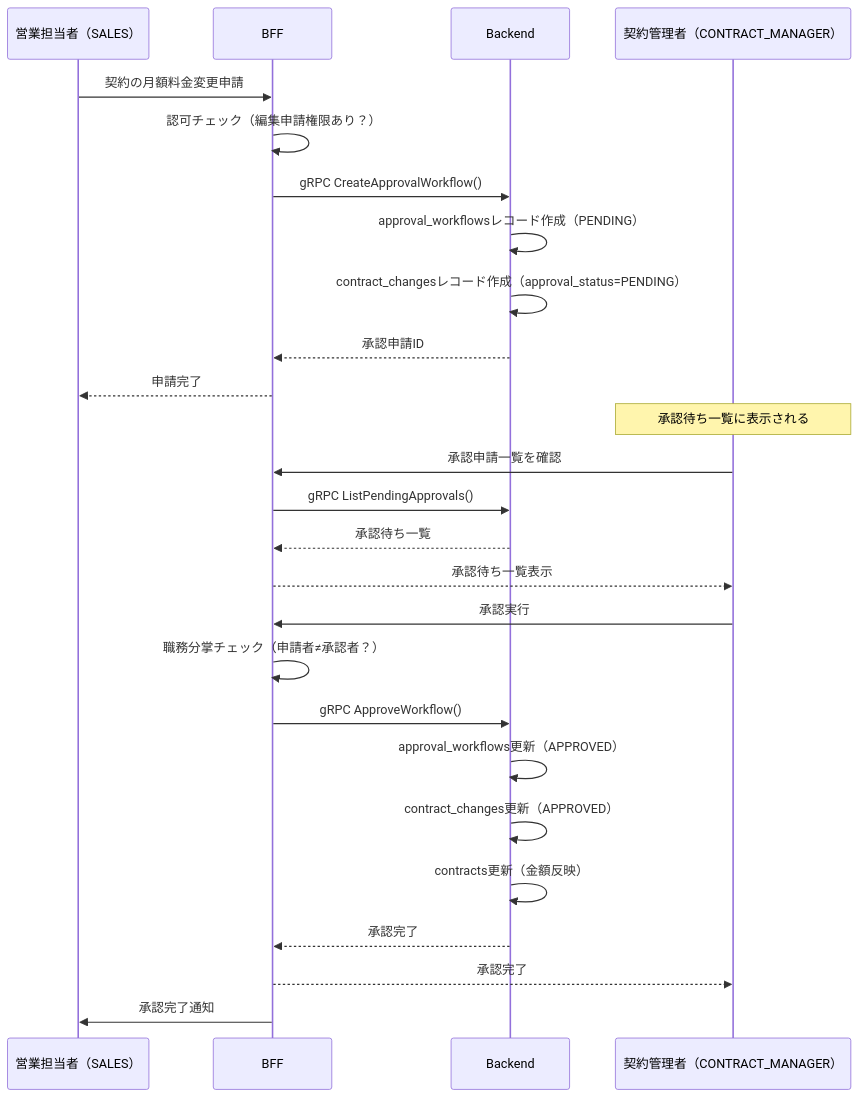
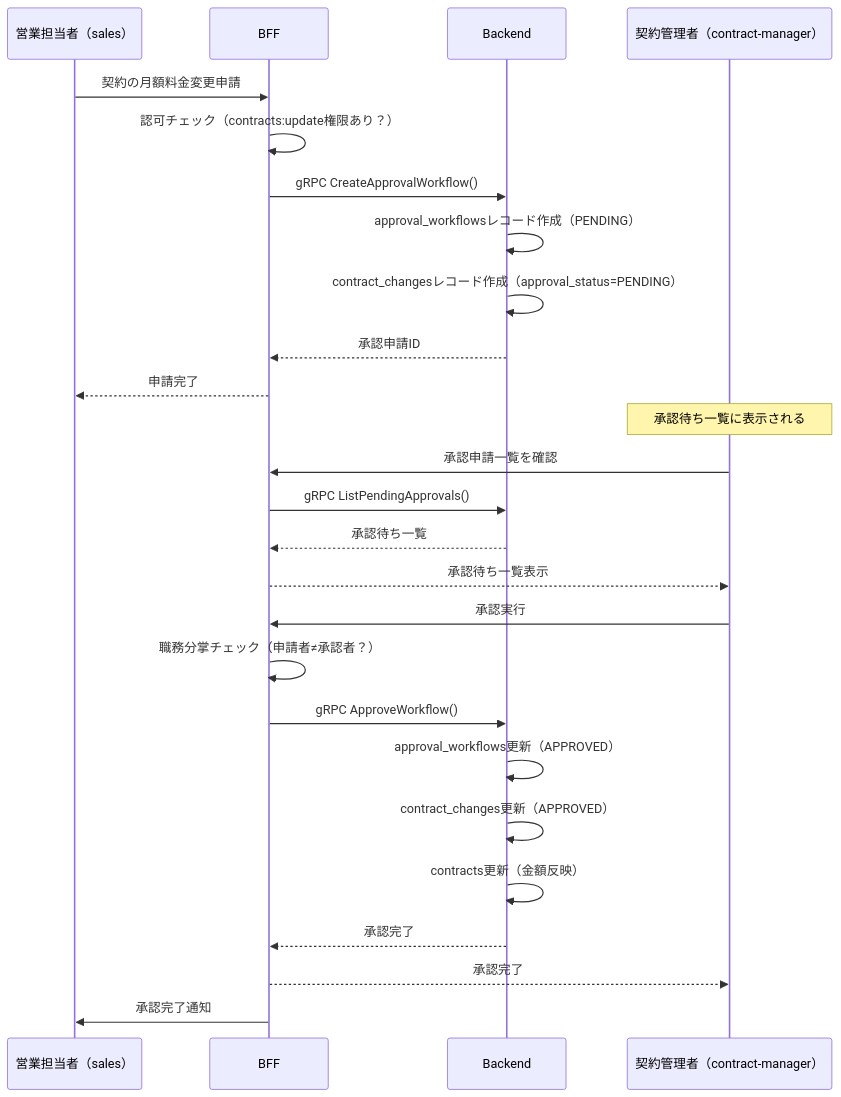
The diagram in docs/jsox-compliance.md (ikechin/agent-teams-sample), drawn with Mermaid before and after one commit. The commit also changed other lines of this file and 2 other files, not shown here.

````diff
--- a/docs/jsox-compliance.md
+++ b/docs/jsox-compliance.md
@@ -168,32 +192,32 @@
 ```mermaid
 sequenceDiagram
-    participant User as 営業担当者（SALES）
+    participant User as 営業担当者（sales）
     participant BFF
     participant Backend
-    participant Manager as 契約管理者（CONTRACT_MANAGER）
+    participant Manager as 契約管理者（contract-manager）
 
     User->>BFF: 契約の月額料金変更申請
-    BFF->>BFF: 認可チェック（編集申請権限あり？）
+    BFF->>BFF: 認可チェック（contracts:update権限あり？）
     BFF->>Backend: gRPC CreateApprovalWorkflow()
     Backend->>Backend: approval_workflowsレコード作成（PENDING）
     Backend->>Backend: contract_changesレコード作成（approval_status=PENDING）
     Backend-->>BFF: 承認申請ID
     BFF-->>User: 申請完了
 
     Note over Manager: 承認待ち一覧に表示される
 
     Manager->>BFF: 承認申請一覧を確認
     BFF->>Backend: gRPC ListPendingApprovals()
     Backend-->>BFF: 承認待ち一覧
     BFF-->>Manager: 承認待ち一覧表示
 
     Manager->>BFF: 承認実行
     BFF->>BFF: 職務分掌チェック（申請者≠承認者？）
     BFF->>Backend: gRPC ApproveWorkflow()
     Backend->>Backend: approval_workflows更新（APPROVED）
     Backend->>Backend: contract_changes更新（APPROVED）
     Backend->>Backend: contracts更新（金額反映）
     Backend-->>BFF: 承認完了
     BFF-->>Manager: 承認完了
     BFF->>User: 承認完了通知
 ```
````
